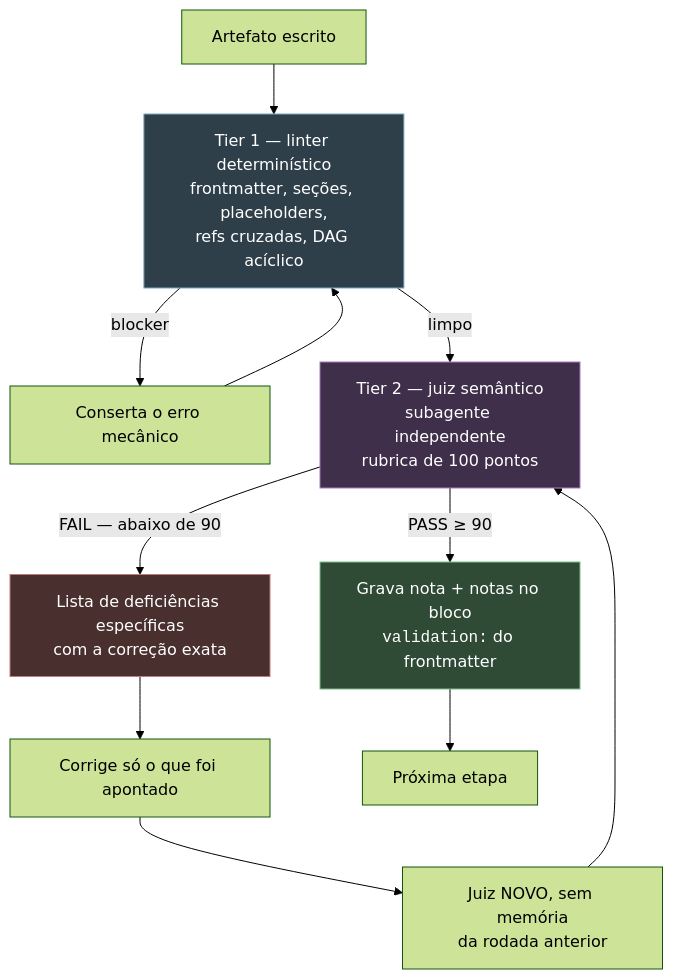
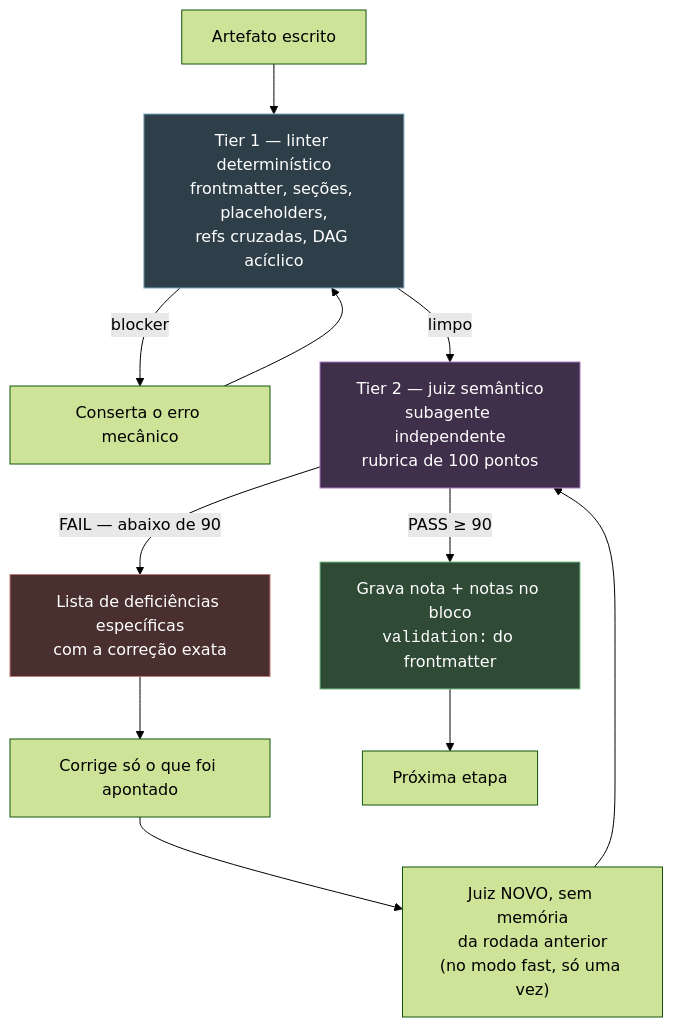
One commit to DiegoRFSantos/skill-sdd changed the third of 4 diagrams in README.md. Above: the diagram before and after it, drawn with Mermaid (forest theme). The commit also changed other lines of this file and 2 other files, not shown here.

First line of the commit message:
Bring the README and fast-track in line with the new gate and templates

````diff
--- a/README.md
+++ b/README.md
@@ -179,20 +188,20 @@
 ```mermaid
 flowchart TD
     A["Artefato escrito"] --> T1["Tier 1 — linter determinístico<br/>frontmatter, seções, placeholders,<br/>refs cruzadas, DAG acíclico"]
     T1 -->|"blocker"| FIX1["Conserta o erro mecânico"]
     FIX1 --> T1
     T1 -->|"limpo"| T2["Tier 2 — juiz semântico<br/>subagente independente<br/>rubrica de 100 pontos"]
 
     T2 -->|"FAIL — abaixo de 90"| TRIAGE["Lista de deficiências específicas<br/>com a correção exata"]
     TRIAGE --> FIX2["Corrige só o que foi apontado"]
-    FIX2 --> T2NEW["Juiz NOVO, sem memória<br/>da rodada anterior"]
+    FIX2 --> T2NEW["Juiz NOVO, sem memória<br/>da rodada anterior<br/>(no modo fast, só uma vez)"]
     T2NEW --> T2
 
     T2 -->|"PASS ≥ 90"| REC["Grava nota + notas no bloco<br/><code>validation:</code> do frontmatter"]
     REC --> NEXT["Próxima etapa"]
 
     style T1 fill:#2f3f4a,stroke:#7aa8c0,color:#fff
     style T2 fill:#3f2f4a,stroke:#a87ac0,color:#fff
     style REC fill:#2f4a35,stroke:#7ac08a,color:#fff
     style TRIAGE fill:#4a2f2f,stroke:#c07a7a,color:#fff
 ```
````
